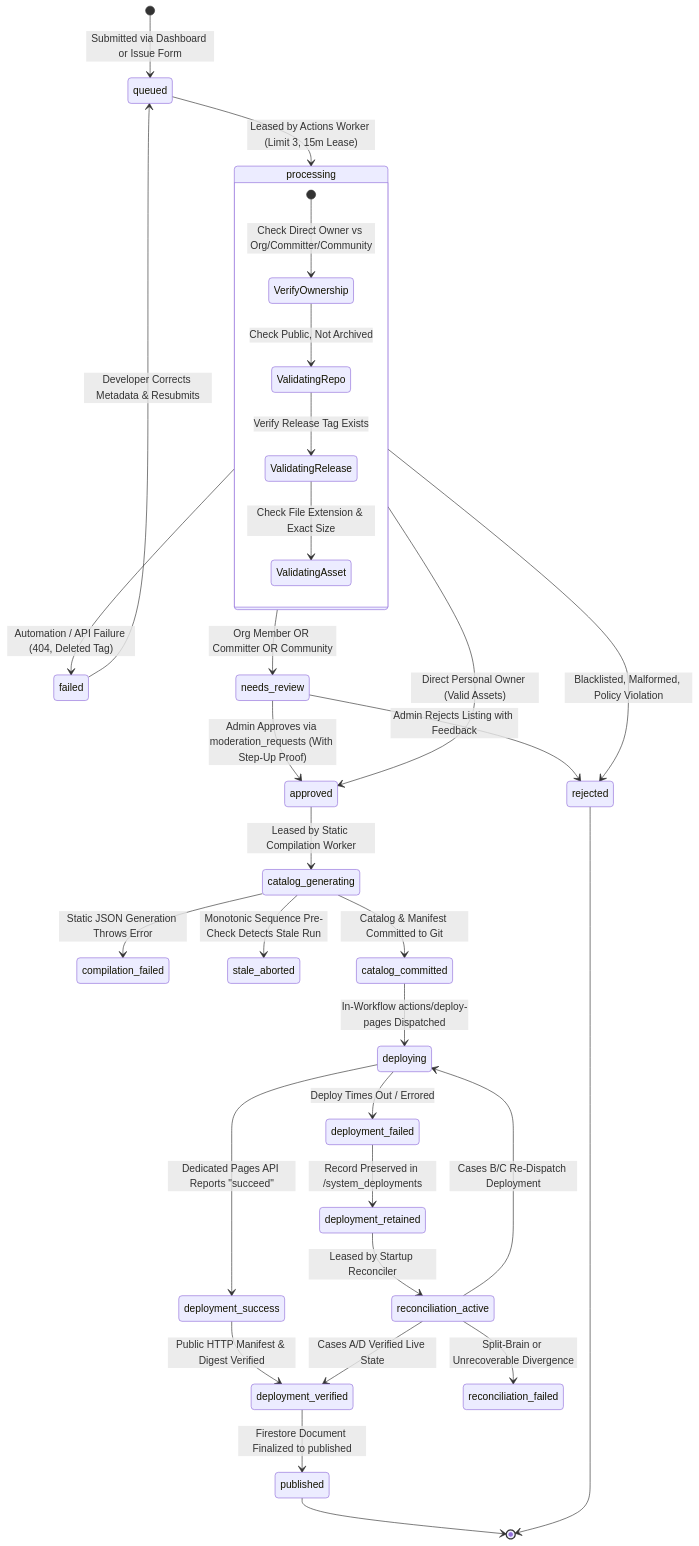
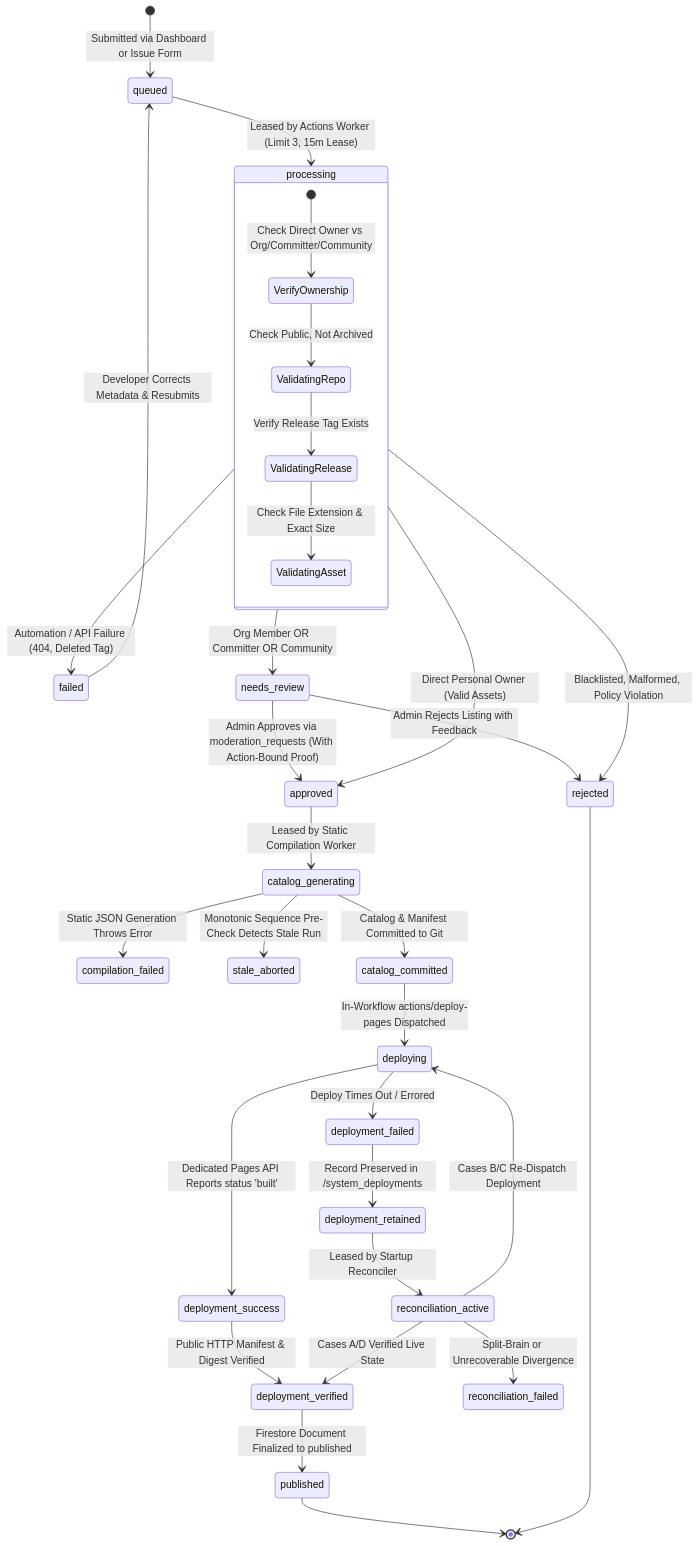
The first of 2 diagrams in docs/SUBMISSION_PIPELINE.md (Rohitpvt/GitStore), drawn with Mermaid before and after one commit. The commit also changed other lines of this file and 13 other files, not shown here.

Commit message:
chore(phase-0.1.6): step-up proof integrity, firestore rules and deployment reconciliation audit

````diff
--- a/docs/SUBMISSION_PIPELINE.md
+++ b/docs/SUBMISSION_PIPELINE.md
@@ -28,39 +28,39 @@
 ```mermaid
 stateDiagram-v2
     [*] --> queued: Submitted via Dashboard or Issue Form
     queued --> processing: Leased by Actions Worker (Limit 3, 15m Lease)
     
     state processing {
         [*] --> VerifyOwnership: Check Direct Owner vs Org/Committer/Community
         VerifyOwnership --> ValidatingRepo: Check Public, Not Archived
         ValidatingRepo --> ValidatingRelease: Verify Release Tag Exists
         ValidatingRelease --> ValidatingAsset: Check File Extension & Exact Size
     }
 
     processing --> failed: Automation / API Failure (404, Deleted Tag)
     processing --> rejected: Blacklisted, Malformed, Policy Violation
     
     processing --> needs_review: Org Member OR Committer OR Community
     processing --> approved: Direct Personal Owner (Valid Assets)
     
-    needs_review --> approved: Admin Approves via moderation_requests (With Step-Up Proof)
+    needs_review --> approved: Admin Approves via moderation_requests (With Action-Bound Proof)
     needs_review --> rejected: Admin Rejects Listing with Feedback
     
     approved --> catalog_generating: Leased by Static Compilation Worker
     catalog_generating --> compilation_failed: Static JSON Generation Throws Error
     catalog_generating --> stale_aborted: Monotonic Sequence Pre-Check Detects Stale Run
     catalog_generating --> catalog_committed: Catalog & Manifest Committed to Git
     catalog_committed --> deploying: In-Workflow actions/deploy-pages Dispatched
-    deploying --> deployment_success: Dedicated Pages API Reports "succeed"
+    deploying --> deployment_success: Dedicated Pages API Reports status 'built'
     deployment_success --> deployment_verified: Public HTTP Manifest & Digest Verified
     deployment_verified --> published: Firestore Document Finalized to published
     deploying --> deployment_failed: Deploy Times Out / Errored
     deployment_failed --> deployment_retained: Record Preserved in /system_deployments
     deployment_retained --> reconciliation_active: Leased by Startup Reconciler
     reconciliation_active --> deploying: Cases B/C Re-Dispatch Deployment
     reconciliation_active --> deployment_verified: Cases A/D Verified Live State
     reconciliation_active --> reconciliation_failed: Split-Brain or Unrecoverable Divergence
     published --> [*]
     failed --> queued: Developer Corrects Metadata & Resubmits
     rejected --> [*]
 ```
````
